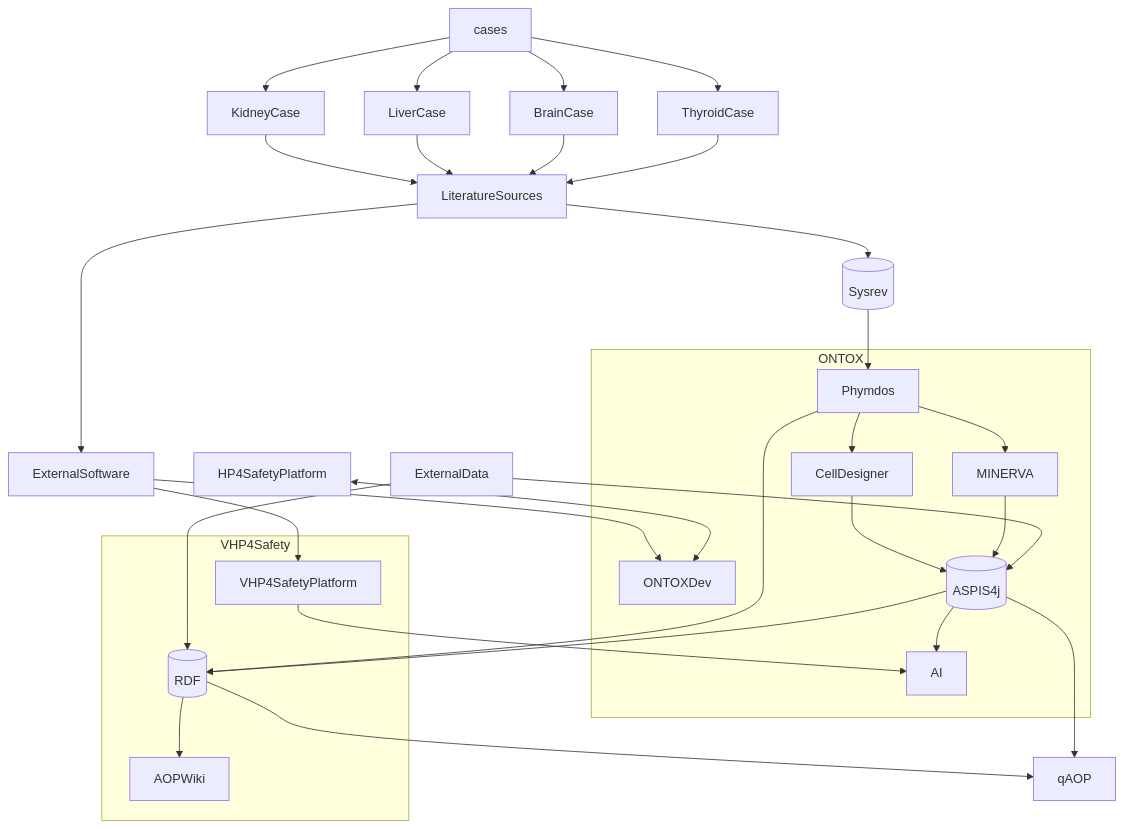
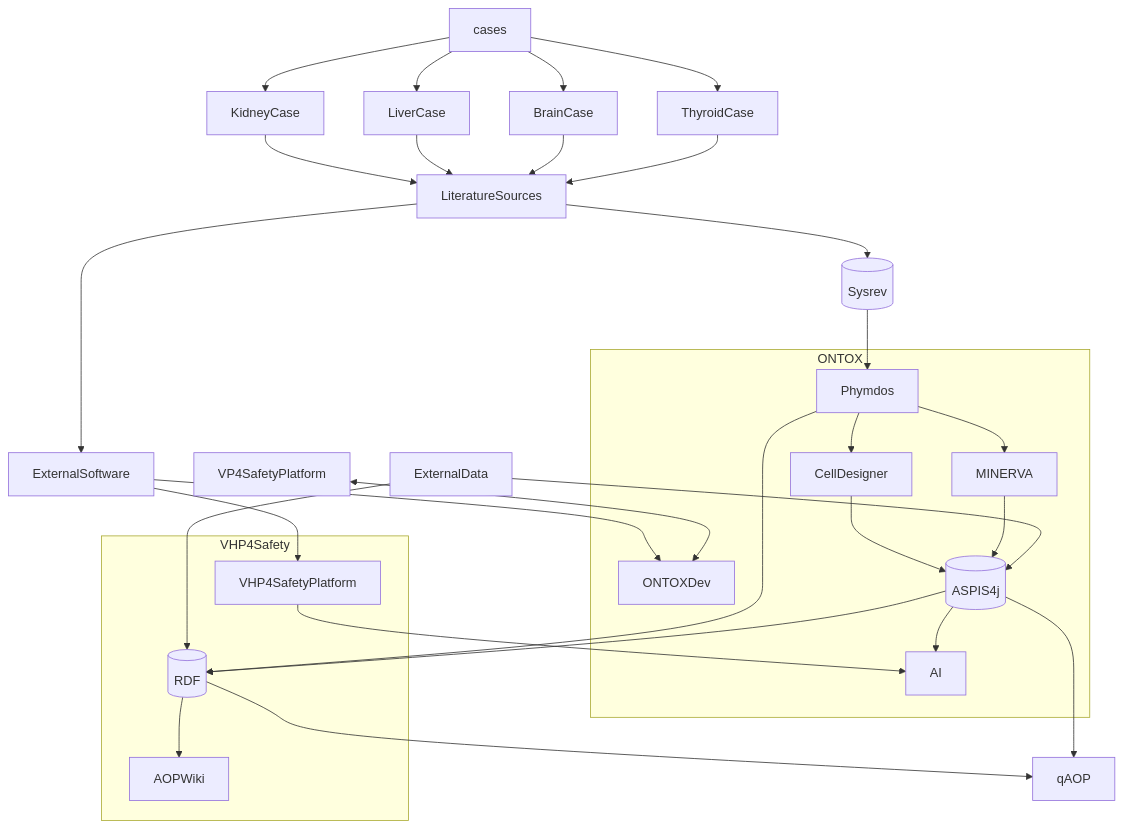
Before and after one commit to ontox-hu/workflows: the diagram in ONTOX-vs-VHP4Safety.md, drawn with Mermaid.

````diff
--- a/ONTOX-vs-VHP4Safety.md
+++ b/ONTOX-vs-VHP4Safety.md
@@ -1,47 +1,47 @@
 ```mermaid
 flowchart TB
 
     cases-->KidneyCase
     cases-->LiverCase
     cases-->BrainCase
     cases-->ThyroidCase
      
     KidneyCase-->LiteratureSources
     LiverCase-->LiteratureSources
     BrainCase-->LiteratureSources
     ThyroidCase-->LiteratureSources
     LiteratureSources-->Sysrev[(Sysrev)]
     Sysrev[(Sysrev)]-->Phymdos
     
     subgraph ONTOX
     ONTOXDev
     Phymdos-->MINERVA
     Phymdos-->CellDesigner
     
     CellDesigner-->ASPIS4j[(ASPIS4j)]
     MINERVA-->ASPIS4j[(ASPIS4j)]
     ASPIS4j[(ASPIS4j)]-->AI
     
     end
     
     subgraph VHP4Safety
     Phymdos-->RDF[(RDF)]
     RDF[(RDF)]-->AOPWiki
     
     VHP4SafetyPlatform
     VHP4SafetyPlatform-->AI
     end
     
     LiteratureSources-->ExternalSoftware
     ExternalSoftware-->VHP4SafetyPlatform
     ExternalSoftware-->ONTOXDev
-    HP4SafetyPlatform<-->ONTOXDev
+    VP4SafetyPlatform<-->ONTOXDev
     ExternalData-->ASPIS4j[(ASPIS4j)]
     RDF[(RDF)]-->qAOP
     ASPIS4j[(ASPIS4j)]-->qAOP
     ASPIS4j[(ASPIS4j)]-->RDF[(RDF)]
     ExternalData-->RDF[(RDF)]
     
     
     
 ```
````
